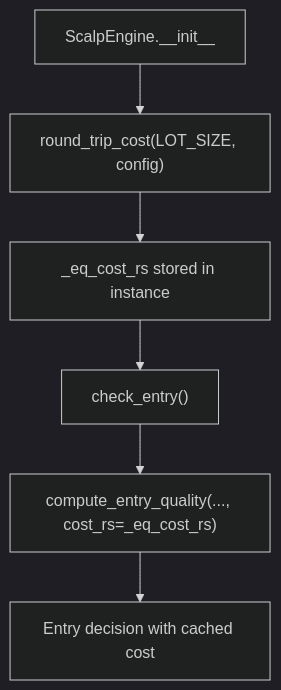
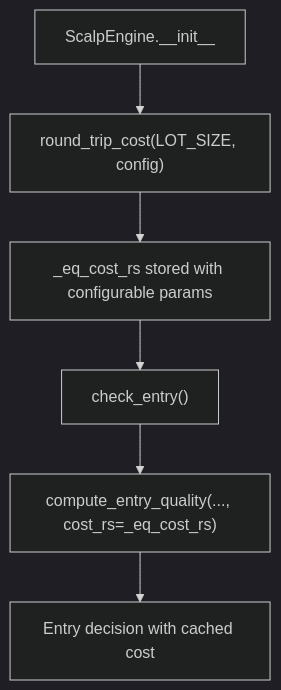
One commit to tauqeersiddiqui-art/tradingsystem changed the tenth of 11 diagrams in .qoder/repowiki/en/content/Core Trading Engine/Scalping Strategy Engine.md. Above: the diagram before and after it, drawn with Mermaid (dark theme). The commit also changed other lines of this file and 63 other files, not shown here.

````diff
--- a/.qoder/repowiki/en/content/Core Trading Engine/Scalping Strategy Engine.md
+++ b/.qoder/repowiki/en/content/Core Trading Engine/Scalping Strategy Engine.md
@@ -428,8 +429,8 @@
 ```mermaid
 flowchart TD
 Init["ScalpEngine.__init__"] --> CostCalc["round_trip_cost(LOT_SIZE, config)"]
-CostCalc --> Cache["_eq_cost_rs stored in instance"]
+CostCalc --> Cache["_eq_cost_rs stored with configurable params"]
 Cache --> Entry["check_entry()"]
 Entry --> Quality["compute_entry_quality(..., cost_rs=_eq_cost_rs)"]
 Quality --> Decision["Entry decision with cached cost"]
 ```
````
